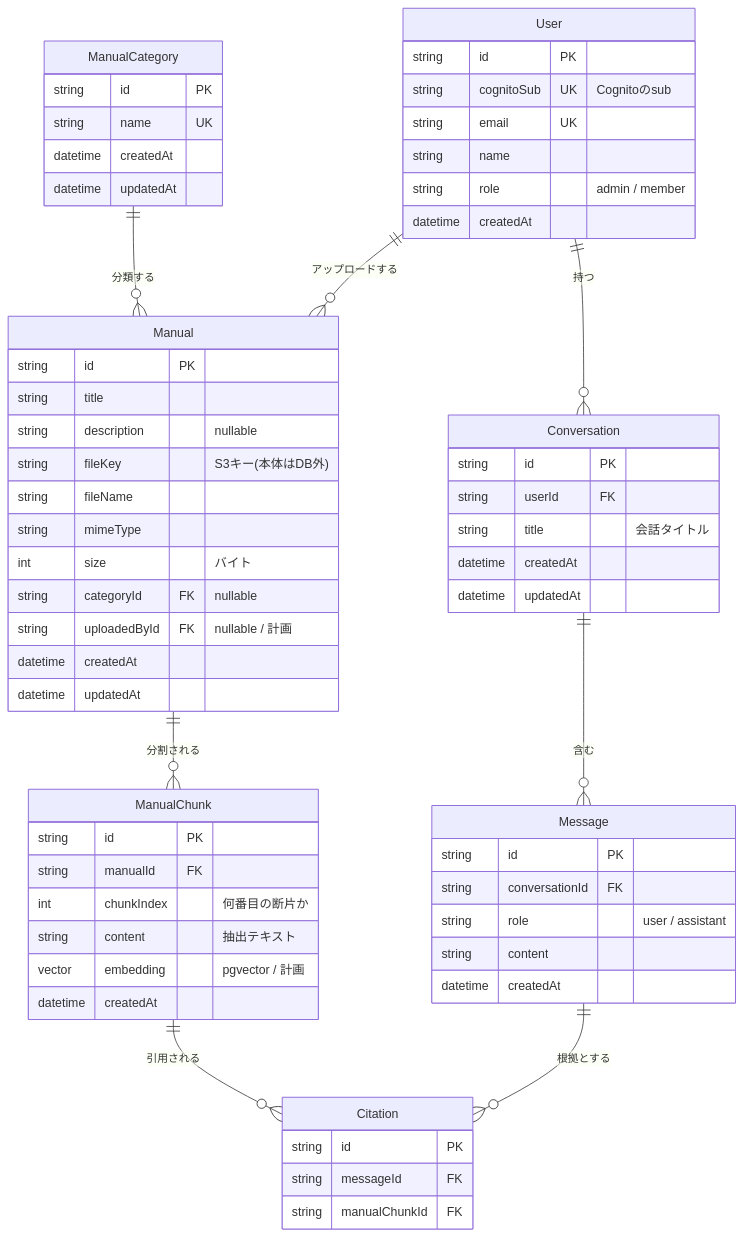
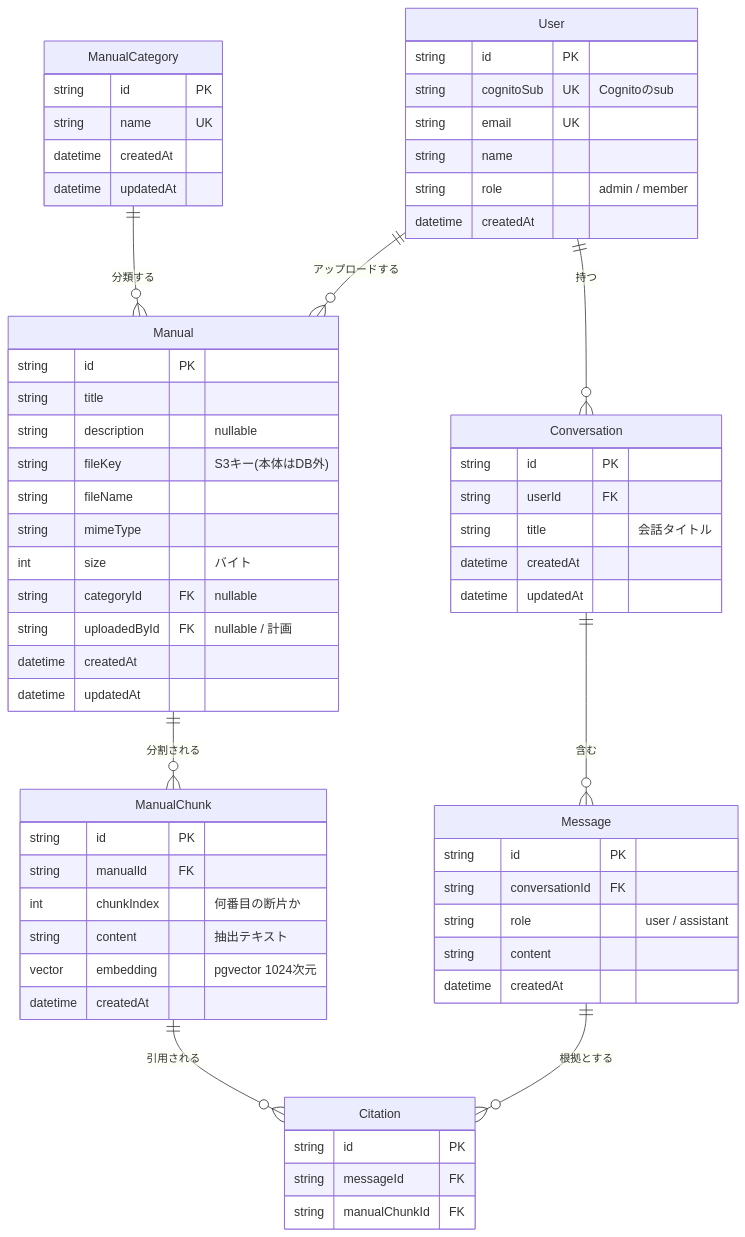
Before and after one commit to mocaluna0117/manual_search: the diagram in docs/er-diagram.md, drawn with Mermaid. The commit also changed other lines of this file and 4 other files, not shown here.

````diff
--- a/docs/er-diagram.md
+++ b/docs/er-diagram.md
@@ -10,65 +10,65 @@
 ```mermaid
 erDiagram
     ManualCategory ||--o{ Manual : "分類する"
     Manual ||--o{ ManualChunk : "分割される"
     User ||--o{ Manual : "アップロードする"
     User ||--o{ Conversation : "持つ"
     Conversation ||--o{ Message : "含む"
     Message ||--o{ Citation : "根拠とする"
     ManualChunk ||--o{ Citation : "引用される"
 
     ManualCategory {
         string id PK
         string name UK
         datetime createdAt
         datetime updatedAt
     }
     Manual {
         string id PK
         string title
         string description "nullable"
         string fileKey "S3キー(本体はDB外)"
         string fileName
         string mimeType
         int size "バイト"
         string categoryId FK "nullable"
         string uploadedById FK "nullable / 計画"
         datetime createdAt
         datetime updatedAt
     }
     ManualChunk {
         string id PK
         string manualId FK
         int chunkIndex "何番目の断片か"
         string content "抽出テキスト"
-        vector embedding "pgvector / 計画"
+        vector embedding "pgvector 1024次元"
         datetime createdAt
     }
     User {
         string id PK
         string cognitoSub UK "Cognitoのsub"
         string email UK
         string name
         string role "admin / member"
         datetime createdAt
     }
     Conversation {
         string id PK
         string userId FK
         string title "会話タイトル"
         datetime createdAt
         datetime updatedAt
     }
     Message {
         string id PK
         string conversationId FK
         string role "user / assistant"
         string content
         datetime createdAt
     }
     Citation {
         string id PK
         string messageId FK
         string manualChunkId FK
     }
 ```
````
